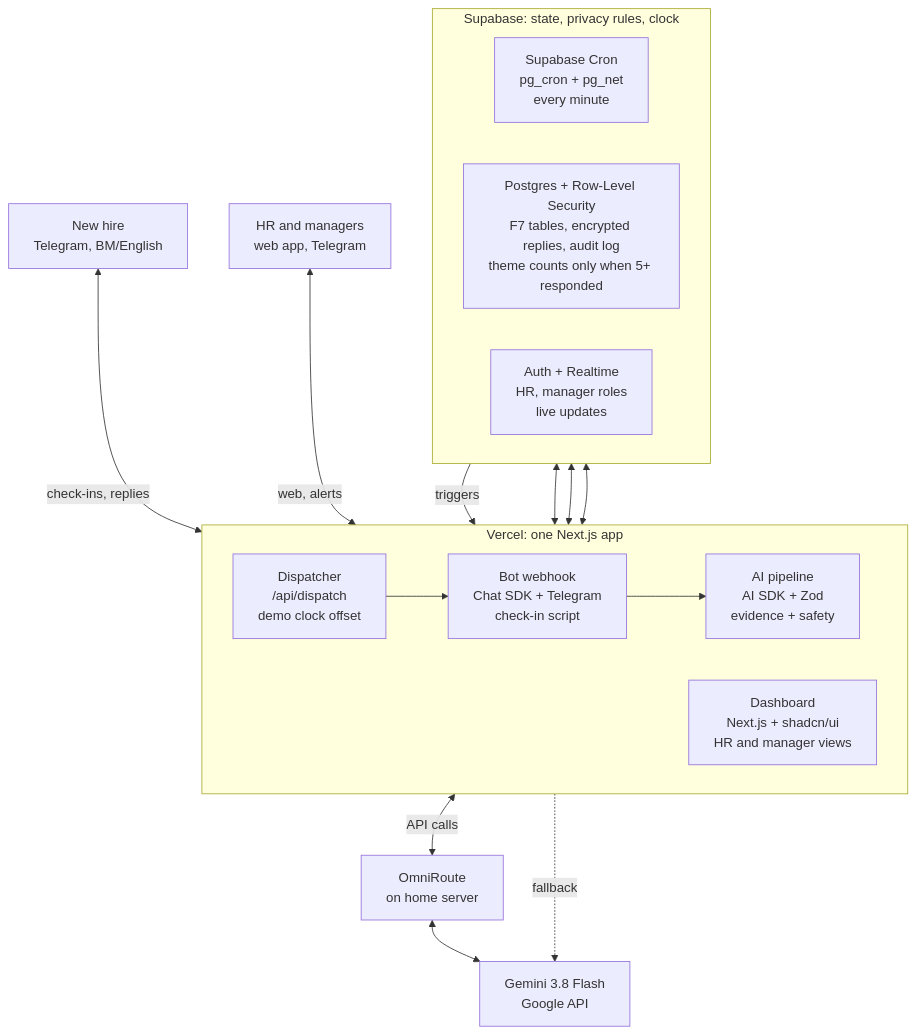
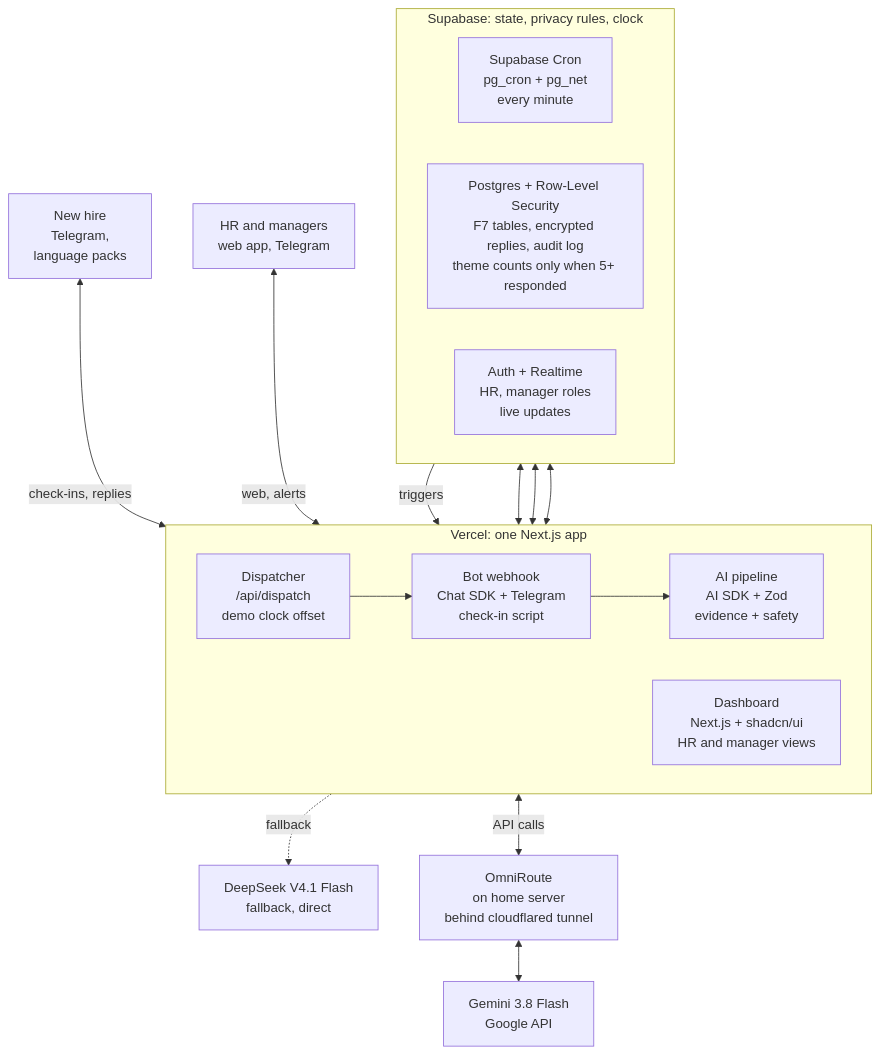
One commit to r64genji/sapa-aifm-2026 changed the diagram in docs/02-prototype-architecture.md. Above: the diagram before and after it, drawn with Mermaid. The commit also changed other lines of this file and 44 other files, not shown here.

````diff
--- a/docs/02-prototype-architecture.md
+++ b/docs/02-prototype-architecture.md
@@ -38,33 +40,34 @@
 ```mermaid
 flowchart TB
     gemini["Gemini 3.8 Flash<br/>Google API"]
-    hire["New hire<br/>Telegram, BM/English"]
-    omni["OmniRoute<br/>on home server"]
+    deepseek["DeepSeek V4.1 Flash<br/>fallback, direct"]
+    hire["New hire<br/>Telegram,<br/>language packs"]
+    omni["OmniRoute<br/>on home server<br/>behind cloudflared tunnel"]
     hr["HR and managers<br/>web app, Telegram"]
 
     subgraph vercel["Vercel: one Next.js app"]
         direction LR
         disp["Dispatcher<br/>/api/dispatch<br/>demo clock offset"]
         bot["Bot webhook<br/>Chat SDK + Telegram<br/>check-in script"]
         ai["AI pipeline<br/>AI SDK + Zod<br/>evidence + safety"]
         dash["Dashboard<br/>Next.js + shadcn/ui<br/>HR and manager views"]
         disp --> bot --> ai
     end
 
     subgraph supa["Supabase: state, privacy rules, clock"]
         direction LR
         cron["Supabase Cron<br/>pg_cron + pg_net<br/>every minute"]
         pg["Postgres + Row-Level Security<br/>F7 tables, encrypted replies, audit log<br/>theme counts only when 5+ responded"]
         rt["Auth + Realtime<br/>HR, manager roles<br/>live updates"]
     end
 
     hire <-->|check-ins, replies| bot
     hr <-->|web, alerts| dash
     ai <-->|API calls| omni
     omni <--> gemini
-    ai -.->|fallback| gemini
+    ai -.->|fallback| deepseek
     cron -->|triggers| disp
     bot <--> pg
     ai <--> pg
     dash <--> rt
 ```
````
